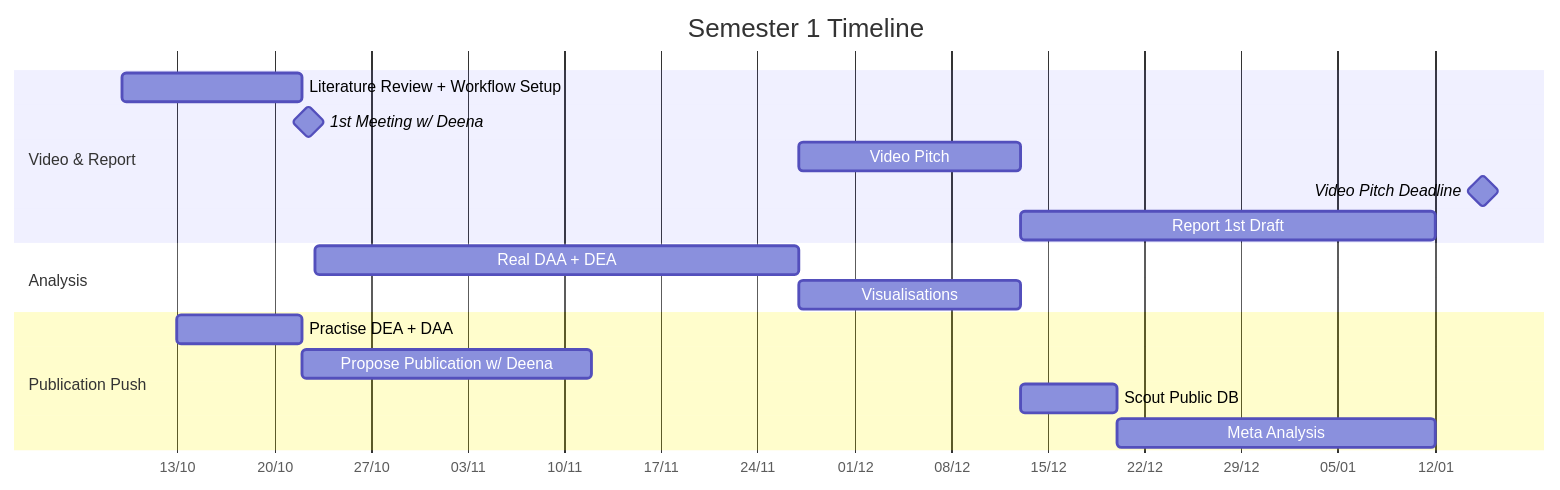
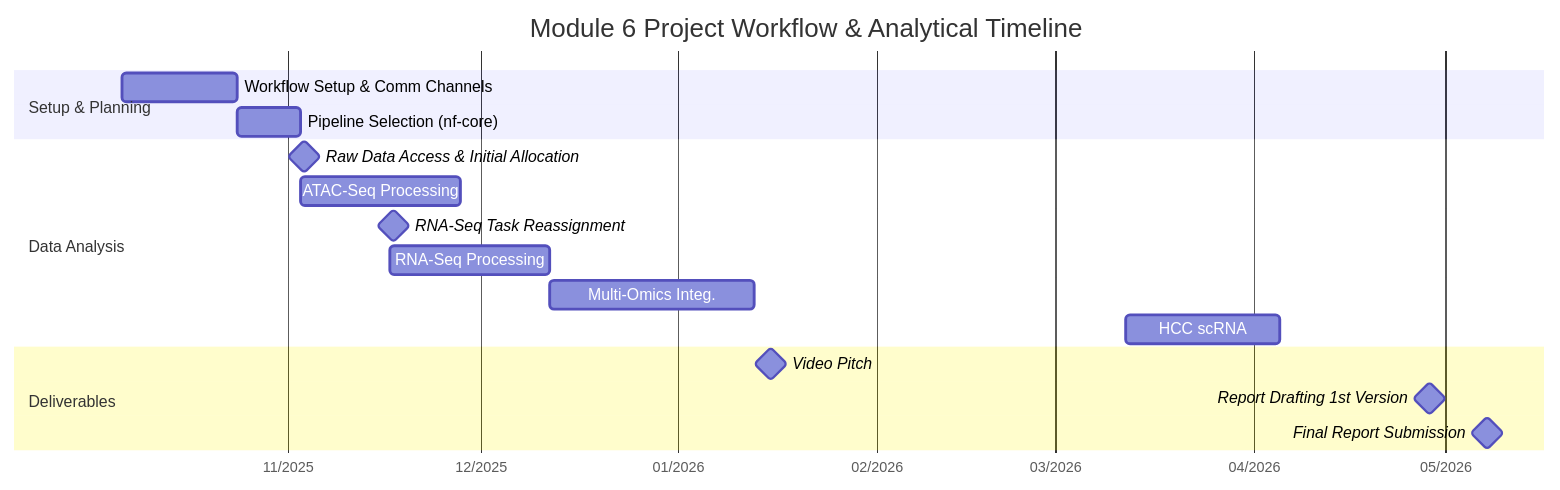
One commit to DGendooLab/ehmt2 changed the first of 2 diagrams in README.md. Above: the diagram before and after it, drawn with Mermaid. The commit also changed other lines of this file, not shown here.

Commit message:
Update README.md
Update README.md

````diff
--- a/README.md
+++ b/README.md
@@ -7,25 +7,25 @@
 ```mermaid
 gantt
-    title Semester 1 Timeline
+    title Module 6 Project Workflow & Analytical Timeline
     dateFormat  DD-MM-YYYY
-    axisFormat  %d/%m
-    tickInterval 1week
+    axisFormat  %m/%Y
+    tickInterval 1month
     weekday monday
 
-    section Video & Report
-    Literature Review + Workflow Setup       :lit, 09-10-2025, 22-10-2025
-    1st Meeting w/ Deena     :milestone, deena, 22-10-2025, 1d
-    Video Pitch              :pitch, after real, 13-12-2025
-    Video Pitch Deadline             :milestone, 15-01-2026, 1d
-    Report 1st Draft         :after pitch, 12-01-2026
+    section Setup & Planning
+    Workflow Setup & Comm Channels     :setup, 06-10-2025, 24-10-2025
+    Pipeline Selection (nf-core)       :git, 24-10-2025, 03-11-2025
 
-    section Analysis
-    Real DAA + DEA           :real, after deena, 5w
-    Visualisations    :after real, 13-12-2025
+    section Data Analysis
+    Raw Data Access & Initial Allocation:milestone, data, 03-11-2025, 1d
+    ATAC-Seq Processing                :atac, 03-11-2025, 28-11-2025
+    RNA-Seq Task Reassignment          :milestone, reassign, 17-11-2025, 1d
+    RNA-Seq Processing                 :rna, 17-11-2025, 12-12-2025
+    Multi-Omics Integ.                 :integ, 12-12-2025, 13-01-2026
+    HCC scRNA                          :integ, 12-03-2026, 05-04-2026
 
-    section Publication Push
-    Practise DEA + DAA                 :practise, 13-10-2025, 22-10-2025
-    Propose Publication w/ Deena      :proposal, after practise, 3w
-    Scout Public DB          :db, after pitch, 1w
-    Meta Analysis            :meta, after db, 12-01-2026
+    section Deliverables
+    Video Pitch                        :milestone, video, 15-01-2026, 1d
+    Report Drafting 1st Version        :milestone, draft, 28-04-2026, 1d
+    Final Report Submission            :milestone, 07-05-2026, 1d
 ```
````
